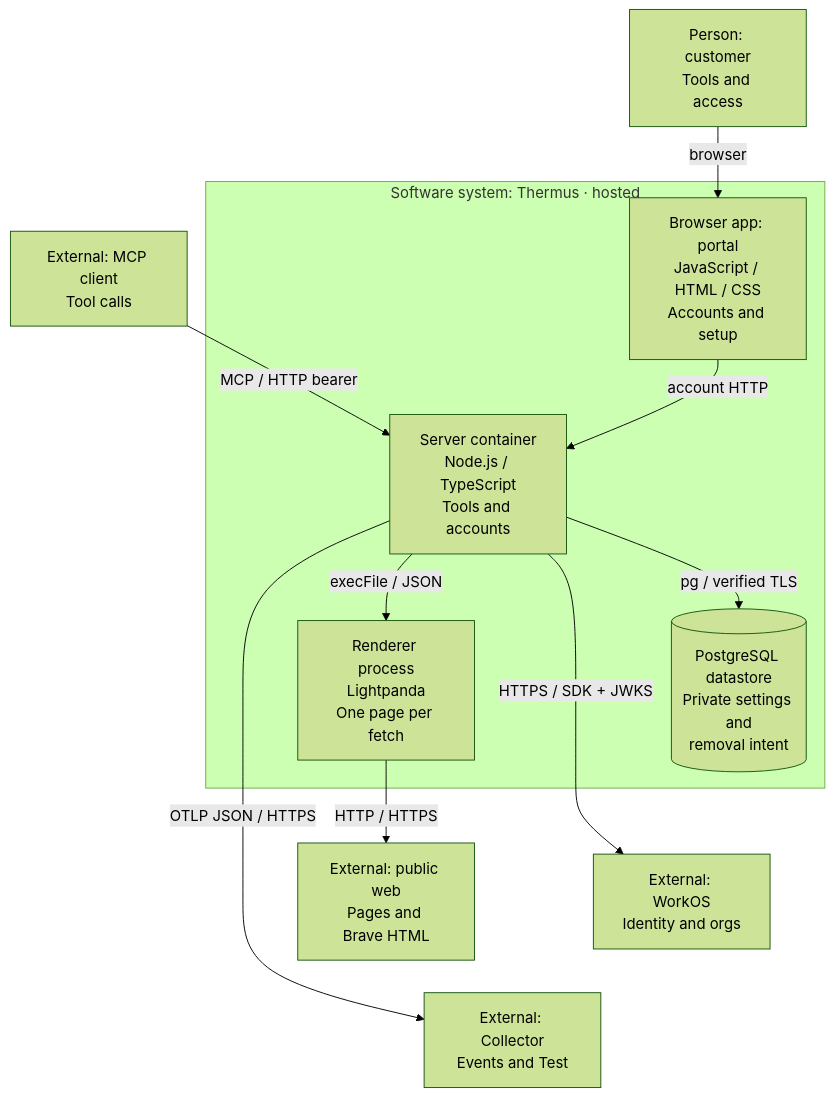
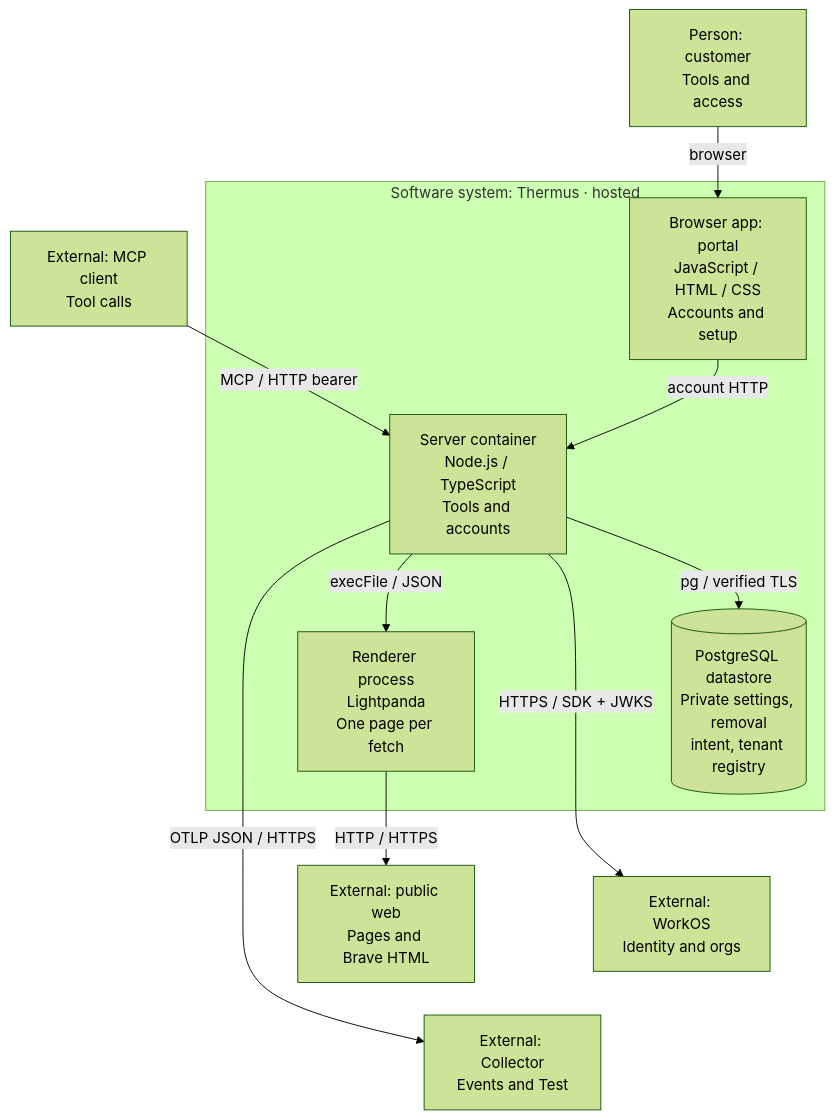
The second of 16 diagrams in architecture/components.md (tomer-mayara/Thermus), drawn with Mermaid (forest theme) before and after one commit. The commit also changed other lines of this file and 43 other files, not shown here.

First line of the commit message:
Add the tenant registry, its three tables, and the shared SQL owner (SO-04) (#279)

````diff
--- a/architecture/components.md
+++ b/architecture/components.md
@@ -61,26 +62,26 @@
 ```mermaid
 %%{init: {"flowchart": {"wrappingWidth": 130, "nodeSpacing": 20, "rankSpacing": 35}}}%%
 flowchart TB
   hosted_user["Person: customer<br/>Tools and access"]
   hosted_client["External: MCP client<br/>Tool calls"]
   subgraph hosted_system["Software system: Thermus · hosted"]
     hosted_portal["Browser app: portal<br/>JavaScript / HTML / CSS<br/>Accounts and setup"]
     hosted_server["Server container<br/>Node.js / TypeScript<br/>Tools and accounts"]
     hosted_renderer["Renderer process<br/>Lightpanda<br/>One page per fetch"]
-    hosted_settings[("PostgreSQL datastore<br/>Private settings and<br/>removal intent")]
+    hosted_settings[("PostgreSQL datastore<br/>Private settings, removal<br/>intent, tenant registry")]
   end
   hosted_workos["External: WorkOS<br/>Identity and orgs"]
   hosted_public["External: public web<br/>Pages and Brave HTML"]
   hosted_collector["External: Collector<br/>Events and Test"]
   hosted_user -->|browser| hosted_portal
   hosted_client -->|MCP / HTTP bearer| hosted_server
   hosted_portal -->|account HTTP| hosted_server
   hosted_server -->|HTTPS / SDK + JWKS| hosted_workos
   hosted_server -->|pg / verified TLS| hosted_settings
   hosted_server -->|OTLP JSON / HTTPS| hosted_collector
   hosted_server -->|execFile / JSON| hosted_renderer
   hosted_renderer -->|HTTP / HTTPS| hosted_public
   %% Invisible links keep external services in one column.
   hosted_settings ~~~ hosted_workos
   hosted_workos ~~~ hosted_collector
 ```
````
